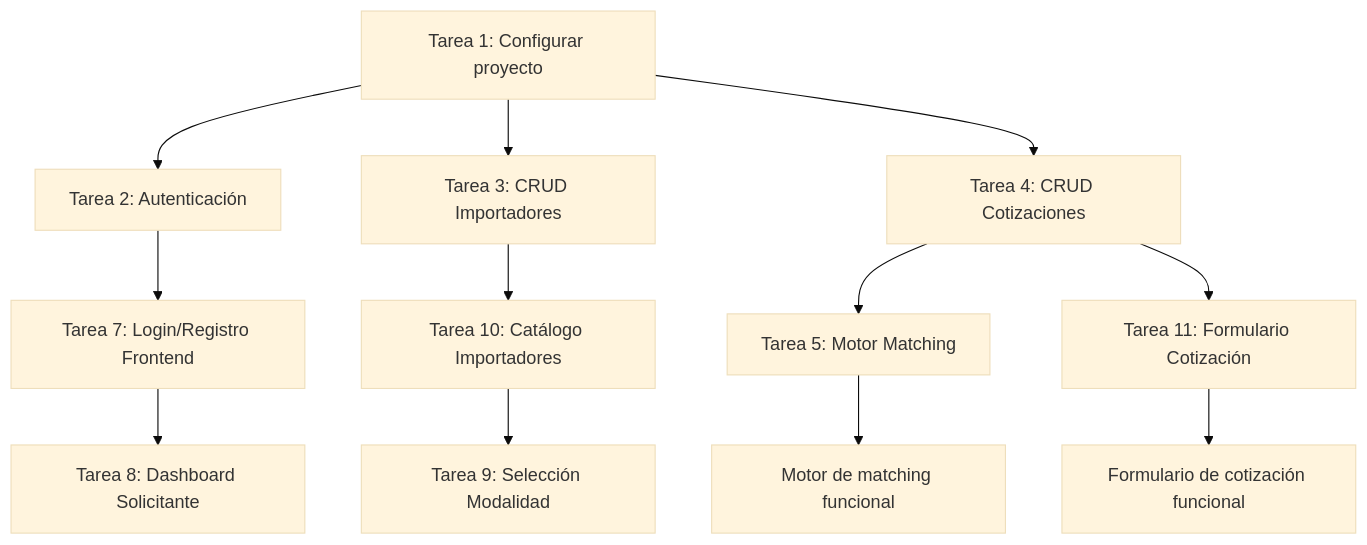
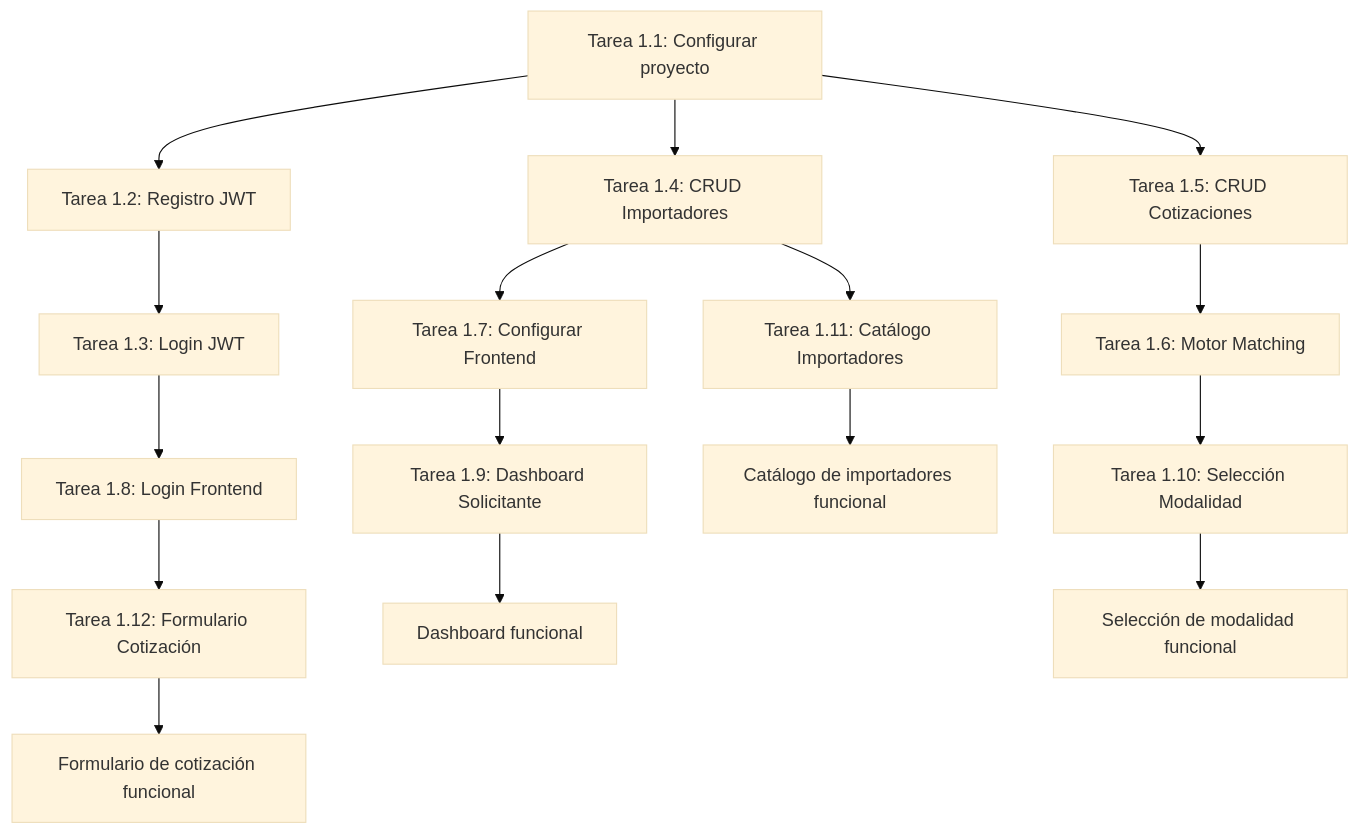
Before and after one commit to JuanEstebanAstaiza/ImportacionesQ8: the diagram in ImportacionesQ8V/Fases-Desarrollo/Semana-1-Fundaciones-y-Cotizaciones/Tareas-Semana-1.md, drawn with Mermaid (base theme). The commit also changed other lines of this file and 3 other files, not shown here.

````diff
--- a/ImportacionesQ8V/Fases-Desarrollo/Semana-1-Fundaciones-y-Cotizaciones/Tareas-Semana-1.md
+++ b/ImportacionesQ8V/Fases-Desarrollo/Semana-1-Fundaciones-y-Cotizaciones/Tareas-Semana-1.md
@@ -228,16 +918,21 @@
 ```mermaid
 graph TD
-    A[Tarea 1: Configurar proyecto] --> B[Tarea 2: Autenticación]
-    A --> C[Tarea 3: CRUD Importadores]
-    A --> D[Tarea 4: CRUD Cotizaciones]
+    A[Tarea 1.1: Configurar proyecto] --> B[Tarea 1.2: Registro JWT]
+    A --> C[Tarea 1.4: CRUD Importadores]
+    A --> D[Tarea 1.5: CRUD Cotizaciones]
     
-    B --> E[Tarea 7: Login/Registro Frontend]
-    C --> F[Tarea 10: Catálogo Importadores]
-    D --> G[Tarea 5: Motor Matching]
-    D --> H[Tarea 11: Formulario Cotización]
+    B --> E[Tarea 1.3: Login JWT]
+    C --> F[Tarea 1.7: Configurar Frontend]
+    D --> G[Tarea 1.6: Motor Matching]
     
-    E --> I[Tarea 8: Dashboard Solicitante]
-    F --> J[Tarea 9: Selección Modalidad]
-    G --> K[Motor de matching funcional]
-    H --> L[Formulario de cotización funcional]
+    E --> H[Tarea 1.8: Login Frontend]
+    F --> I[Tarea 1.9: Dashboard Solicitante]
+    G --> J[Tarea 1.10: Selección Modalidad]
+    C --> K[Tarea 1.11: Catálogo Importadores]
+    
+    H --> L[Tarea 1.12: Formulario Cotización]
+    I --> M[Dashboard funcional]
+    J --> N[Selección de modalidad funcional]
+    K --> O[Catálogo de importadores funcional]
+    L --> P[Formulario de cotización funcional]
 ```
````
